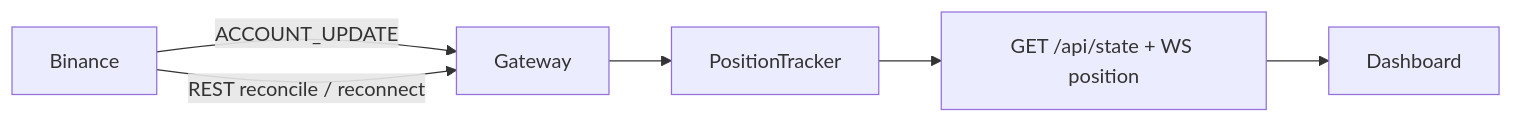
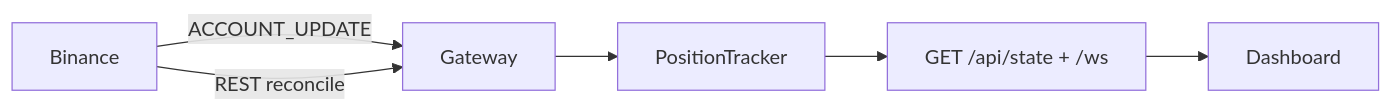
The eighth of 8 diagrams in backend/README.md (Zendragon98/algo-trading-hub), drawn with Mermaid before and after one commit. The commit also changed other lines of this file and 18 other files, not shown here.

````diff
--- a/backend/README.md
+++ b/backend/README.md
@@ -508,14 +556,8 @@
 ```mermaid
 flowchart LR
-  BN[Binance]
-  GW[Gateway]
-  PT[PositionTracker]
-  API["GET /api/state + WS position"]
-  UI[Dashboard]
-
-  BN -->|ACCOUNT_UPDATE| GW
-  BN -->|REST reconcile / reconnect| GW
-  GW --> PT
-  PT --> API
-  API --> UI
+  BN[Binance] -->|ACCOUNT_UPDATE| GW[Gateway]
+  BN -->|REST reconcile| GW
+  GW --> PT[PositionTracker]
+  PT --> API["GET /api/state + /ws"]
+  API --> UI[Dashboard]
 ```
````
